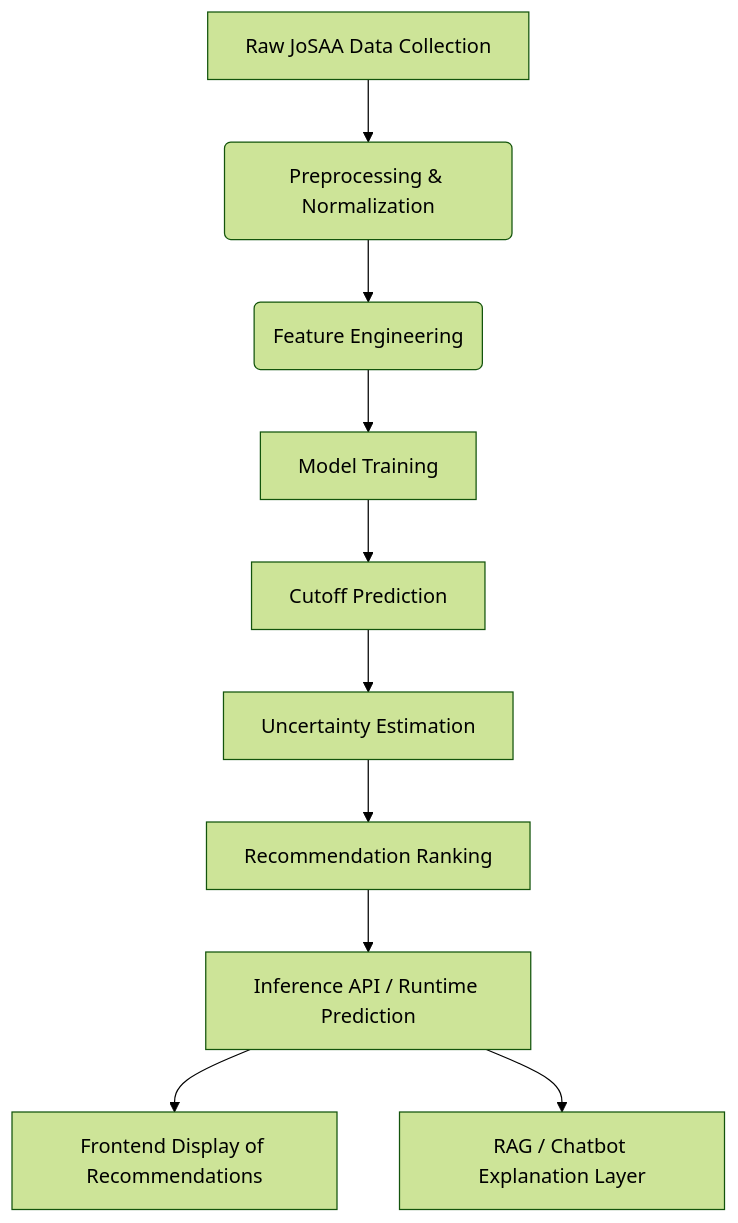
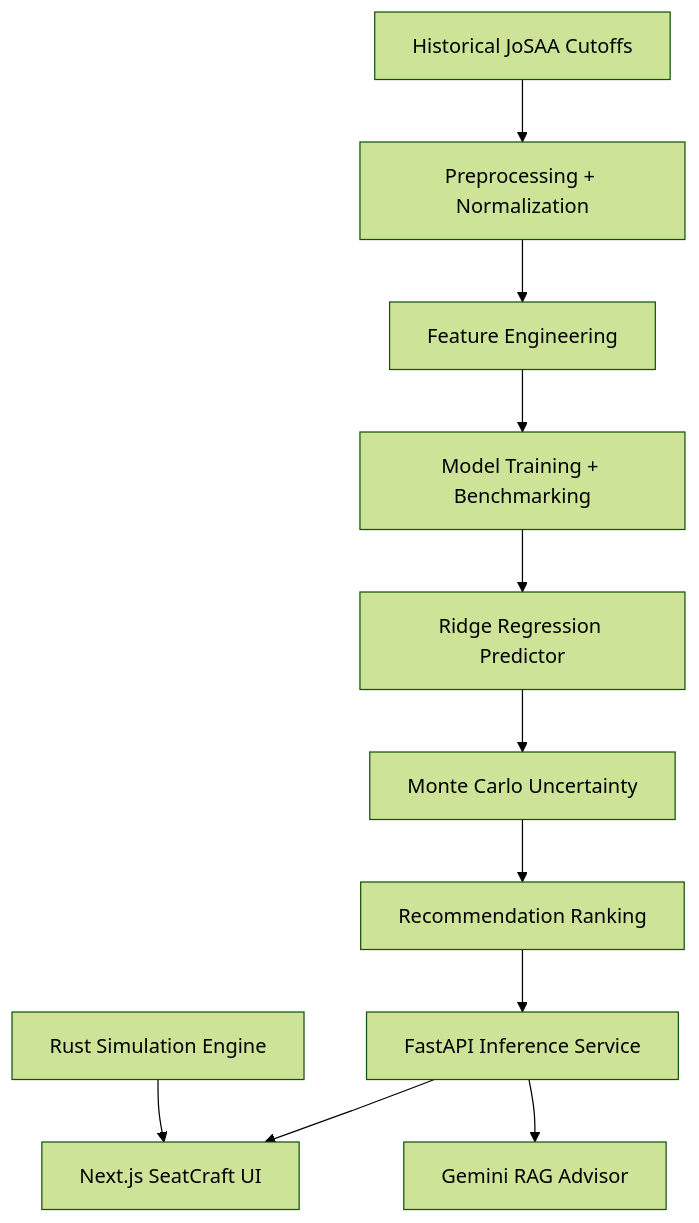
One commit to KrishBnsl/inlui changed the diagram in README.md. Above: the diagram before and after it, drawn with Mermaid (forest theme). The commit also changed other lines of this file and 42 other files, not shown here.

````diff
--- a/README.md
+++ b/README.md
@@ -28,12 +19,13 @@
 ```mermaid
 graph TD
-    A[Raw JoSAA Data Collection] --> B(Preprocessing & Normalization)
-    B --> C(Feature Engineering)
-    C --> D[Model Training]
-    D --> E[Cutoff Prediction]
-    E --> F[Uncertainty Estimation]
+    A[Historical JoSAA Cutoffs] --> B[Preprocessing + Normalization]
+    B --> C[Feature Engineering]
+    C --> D[Model Training + Benchmarking]
+    D --> E[Ridge Regression Predictor]
+    E --> F[Monte Carlo Uncertainty]
     F --> G[Recommendation Ranking]
-    G --> H[Inference API / Runtime Prediction]
-    H --> I[Frontend Display of Recommendations]
-    H --> J[RAG / Chatbot Explanation Layer]
+    G --> H[FastAPI Inference Service]
+    H --> I[Next.js SeatCraft UI]
+    H --> J[Gemini RAG Advisor]
+    K[Rust Simulation Engine] --> I
 ```
````
